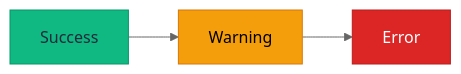
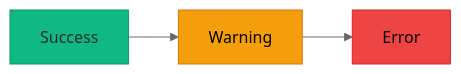
Before and after one commit to tech-leads-club/agent-skills: the second of 27 diagrams in packages/skills-catalog/skills/(tooling)/mermaid-studio/references/diagram-types.md, drawn with Mermaid (neutral theme). The commit also changed other lines of this file and 6 other files, not shown here.

Commit message:
fix(skills-catalog): preserve mermaid palette identity in contrast fixes

````diff
--- a/packages/skills-catalog/skills/(tooling)/mermaid-studio/references/diagram-types.md
+++ b/packages/skills-catalog/skills/(tooling)/mermaid-studio/references/diagram-types.md
@@ -90,8 +90,8 @@
 ```mermaid
 flowchart LR
     A[Success]:::success --> B[Warning]:::warning --> C[Error]:::error
 
     classDef success fill:#10b981,stroke:#059669,color:#1e293b
     classDef warning fill:#f59e0b,stroke:#d97706,color:#000
-    classDef error fill:#dc2626,stroke:#b91c1c,color:#fff
+    classDef error fill:#ef4444,stroke:#dc2626,color:#000
 ```
````
